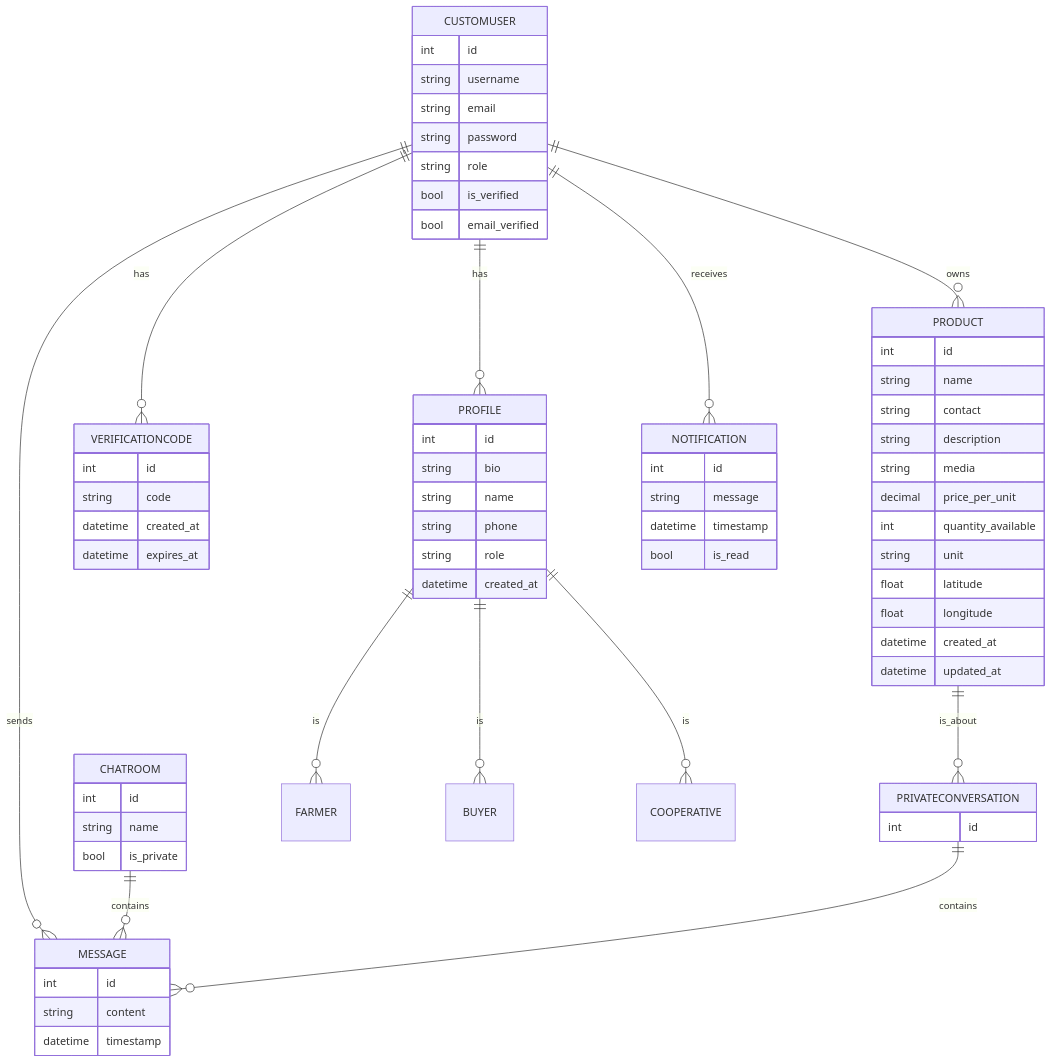
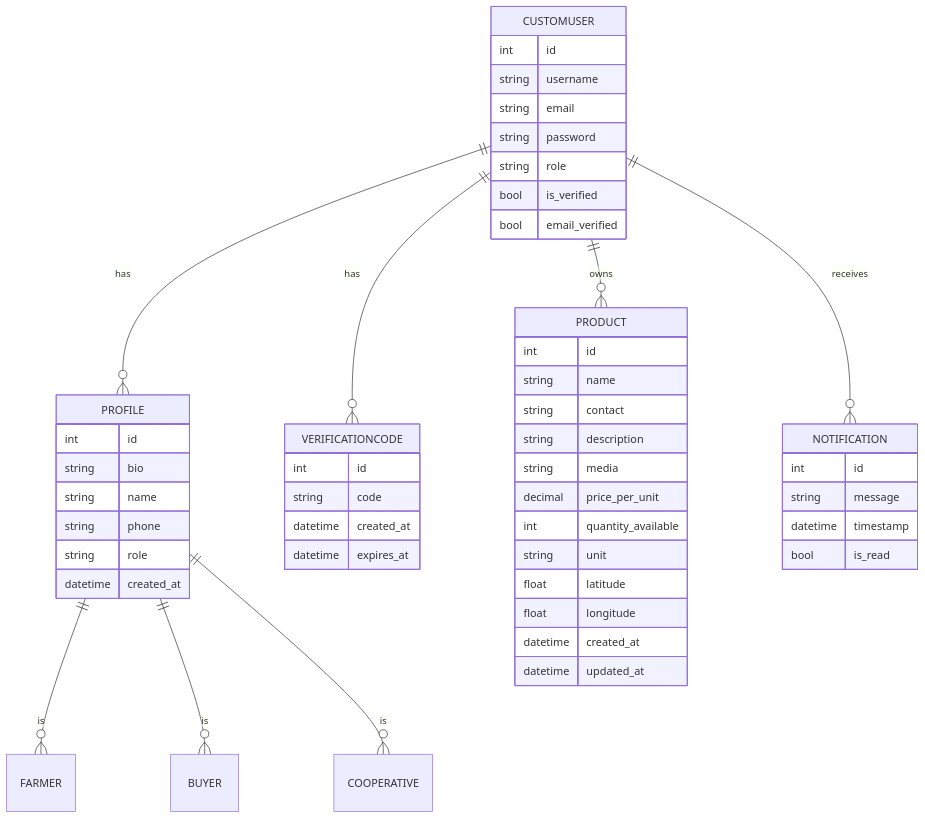
One commit to RangiraDave/AgriConnect changed the first of 2 diagrams in README.md. Above: the diagram before and after it, drawn with Mermaid. The commit also changed other lines of this file, not shown here.

````diff
--- a/README.md
+++ b/README.md
@@ -62,70 +60,53 @@
 ```mermaid
 erDiagram
     CUSTOMUSER {
         int id
         string username
         string email
         string password
         string role
         bool is_verified
         bool email_verified
     }
     PROFILE {
         int id
         string bio
         string name
         string phone
         string role
         datetime created_at
     }
     VERIFICATIONCODE {
         int id
         string code
         datetime created_at
         datetime expires_at
     }
     PRODUCT {
         int id
         string name
         string contact
         string description
         string media
         decimal price_per_unit
         int quantity_available
         string unit
         float latitude
         float longitude
         datetime created_at
         datetime updated_at
     }
-    CHATROOM {
-        int id
-        string name
-        bool is_private
-    }
-    MESSAGE {
-        int id
-        string content
-        datetime timestamp
-    }
-    PRIVATECONVERSATION {
-        int id
-    }
     NOTIFICATION {
         int id
         string message
         datetime timestamp
         bool is_read
     }
     CUSTOMUSER ||--o{ PROFILE : has
     CUSTOMUSER ||--o{ VERIFICATIONCODE : has
     CUSTOMUSER ||--o{ PRODUCT : owns
-    CUSTOMUSER ||--o{ MESSAGE : sends
     CUSTOMUSER ||--o{ NOTIFICATION : receives
     PROFILE ||--o{ FARMER : is
     PROFILE ||--o{ BUYER : is
     PROFILE ||--o{ COOPERATIVE : is
-    PRODUCT ||--o{ PRIVATECONVERSATION : is_about
-    CHATROOM ||--o{ MESSAGE : contains
-    PRIVATECONVERSATION ||--o{ MESSAGE : contains
 ```
````
